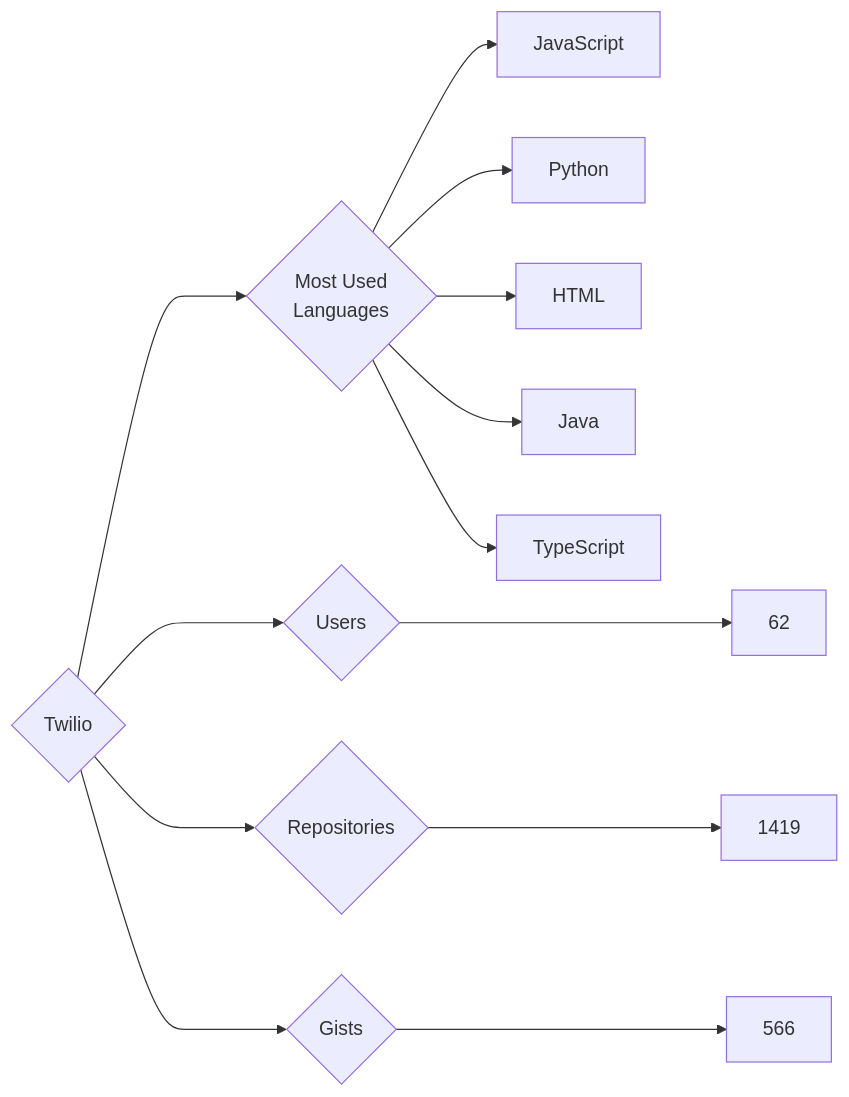
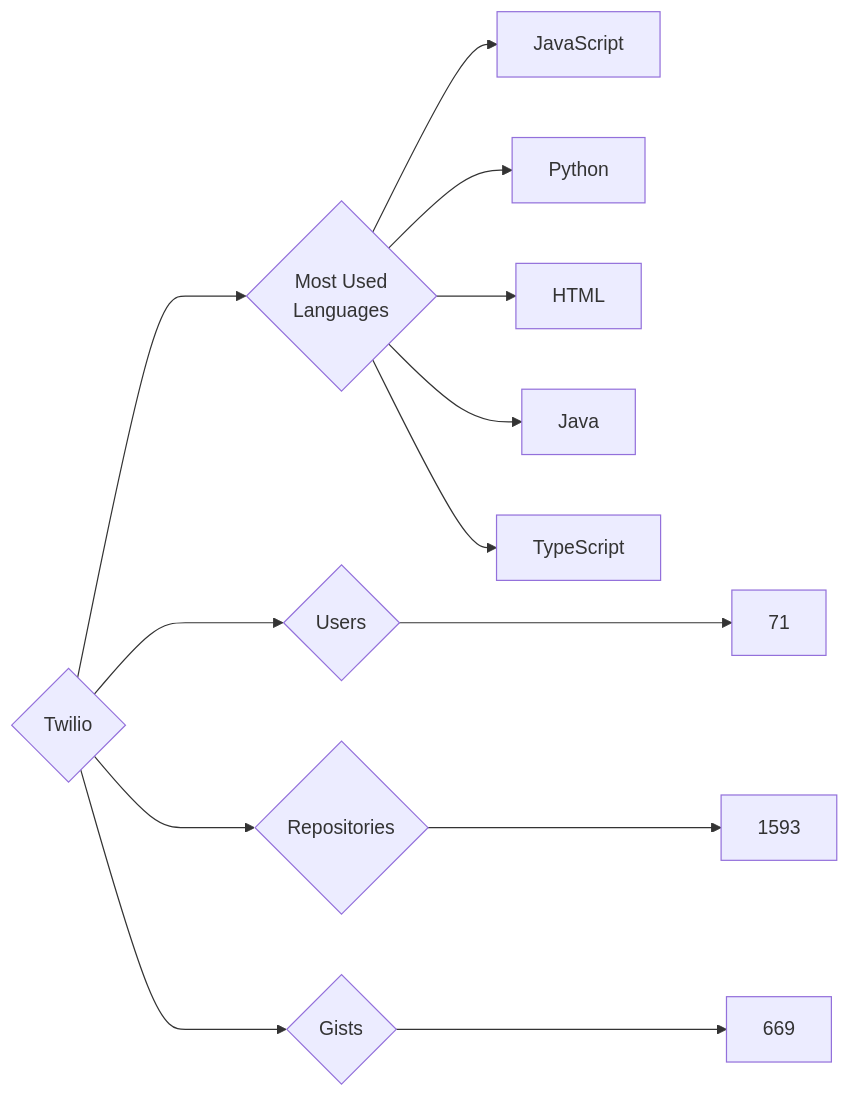
Before and after one commit to trickest/insiders: the diagram in targets/Twilio/README.md, drawn with Mermaid. The commit also changed 1011 other files, not shown here.

````diff
--- a/targets/Twilio/README.md
+++ b/targets/Twilio/README.md
@@ -3,13 +3,13 @@
 ```mermaid
 graph LR
 COMPANY_NAME{Twilio}
-COMPANY_NAME ---> U{Users} ---> UN[62]
-COMPANY_NAME ---> R{Repositories} ---> RN[1419]
-COMPANY_NAME ---> G{Gists} ---> GN[566]
+COMPANY_NAME ---> U{Users} ---> UN[71]
+COMPANY_NAME ---> R{Repositories} ---> RN[1593]
+COMPANY_NAME ---> G{Gists} ---> GN[669]
 COMPANY_NAME ---> ML{Most Used<br>Languages}
 ML --> JavaScript[JavaScript]
 ML --> Python[Python]
 ML --> HTML[HTML]
 ML --> Java[Java]
 ML --> TypeScript[TypeScript]
 ```
````
